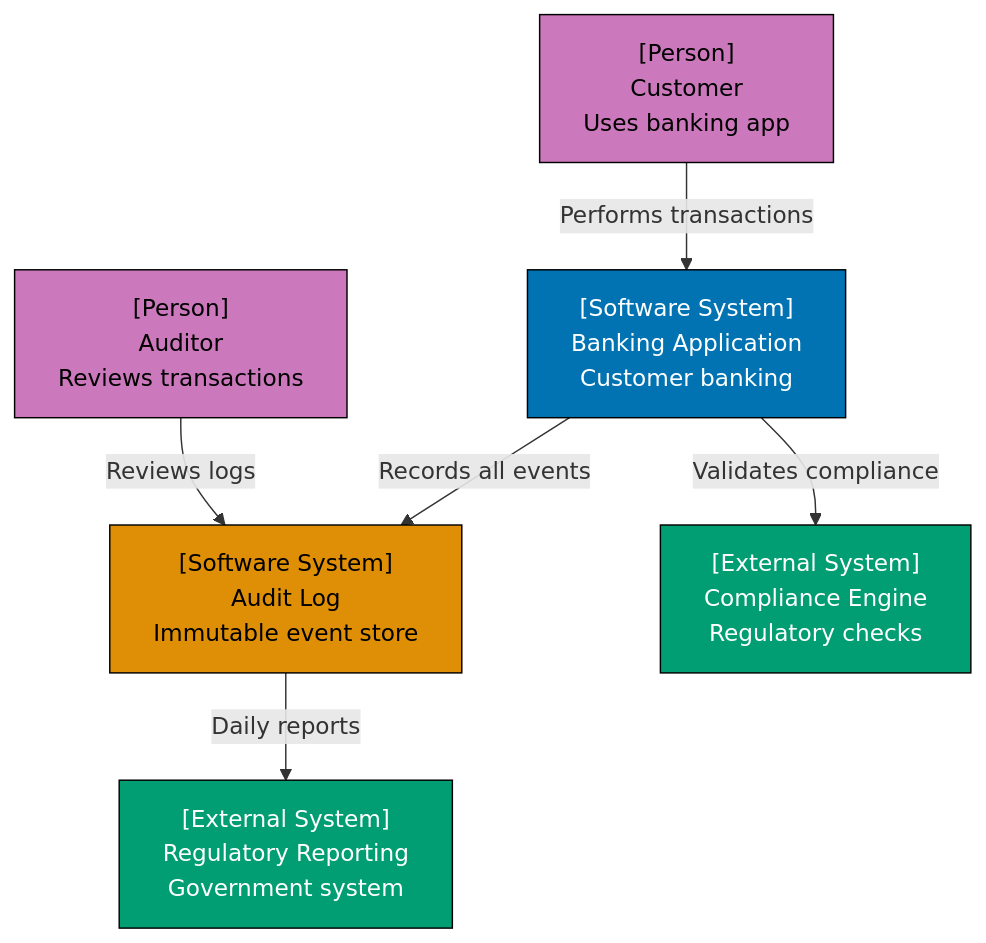
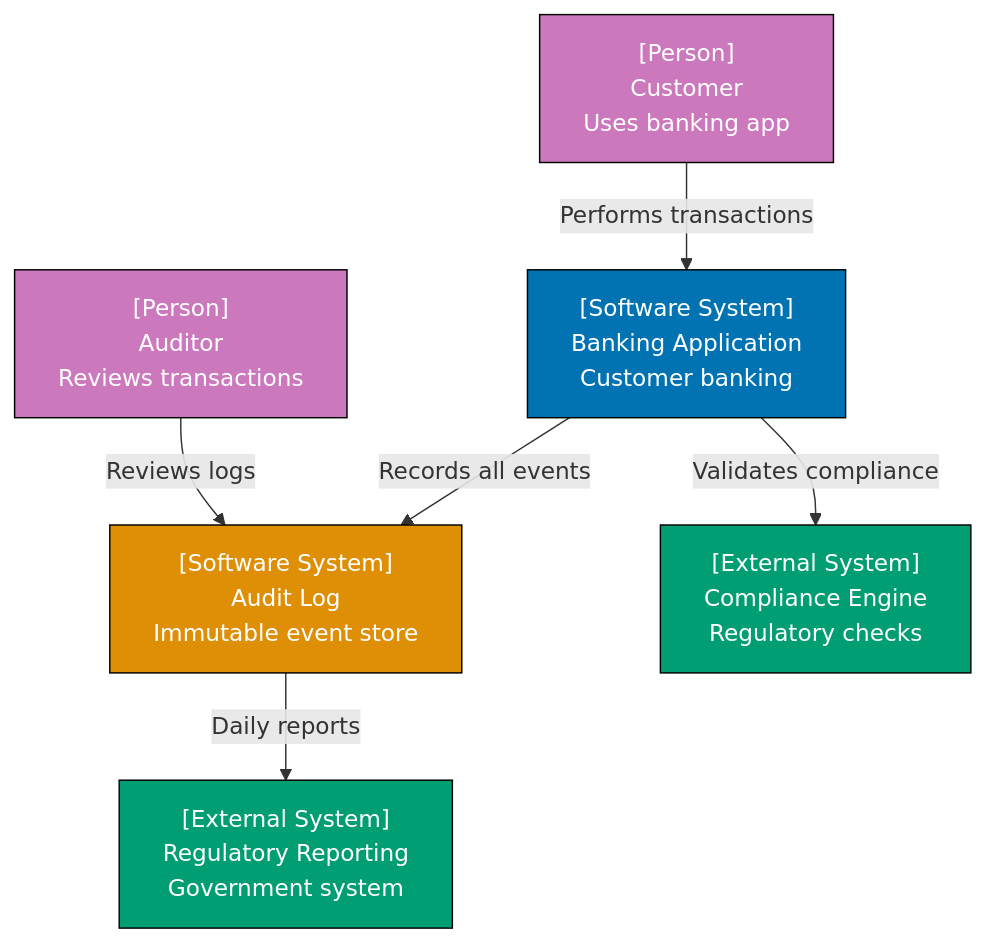
Diagram 12 of 30 in apps/ayokoding-web/content/en/learn/software-engineering/architecture/c4-architecture-model/by-example/beginner.md (wahidyankf/open-sharia-enterprise), drawn with Mermaid before and after one commit. The commit also changed other lines of this file and 61 other files, not shown here.

First line of the commit message:
fix(ayokoding-web): quote Mermaid node labels with special characters in Example 63

````diff
--- a/apps/ayokoding-web/content/en/learn/software-engineering/architecture/c4-architecture-model/by-example/beginner.md
+++ b/apps/ayokoding-web/content/en/learn/software-engineering/architecture/c4-architecture-model/by-example/beginner.md
@@ -424,25 +424,25 @@
 ```mermaid
 graph TD
     Customer["[Person]<br/>Customer<br/>Uses banking app"]
     Auditor["[Person]<br/>Auditor<br/>Reviews transactions"]
 
     BankingApp["[Software System]<br/>Banking Application<br/>Customer banking"]
 
     AuditLog["[Software System]<br/>Audit Log<br/>Immutable event store"]
     ComplianceEngine["[External System]<br/>Compliance Engine<br/>Regulatory checks"]
     RegulatoryReporting["[External System]<br/>Regulatory Reporting<br/>Government system"]
 
     Customer -->|"Performs transactions"| BankingApp
     BankingApp -->|"Records all events"| AuditLog
     BankingApp -->|"Validates compliance"| ComplianceEngine
 
     Auditor -->|"Reviews logs"| AuditLog
     AuditLog -->|"Daily reports"| RegulatoryReporting
 
-    style Customer fill:#CC78BC,stroke:#000,color:#000
-    style Auditor fill:#CC78BC,stroke:#000,color:#000
+    style Customer fill:#CC78BC,stroke:#000,color:#fff
+    style Auditor fill:#CC78BC,stroke:#000,color:#fff
     style BankingApp fill:#0173B2,stroke:#000,color:#fff
-    style AuditLog fill:#DE8F05,stroke:#000,color:#000
+    style AuditLog fill:#DE8F05,stroke:#000,color:#fff
     style ComplianceEngine fill:#029E73,stroke:#000,color:#fff
     style RegulatoryReporting fill:#029E73,stroke:#000,color:#fff
 ```
````
